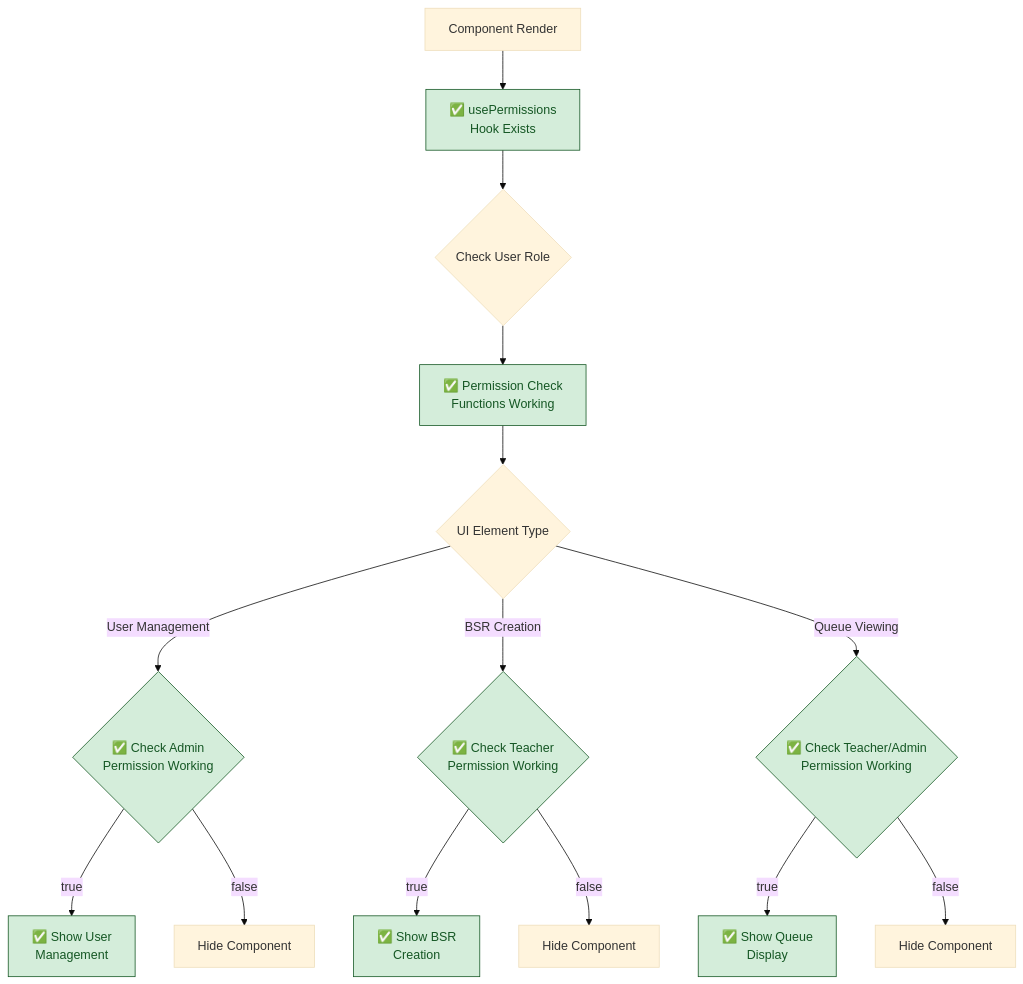
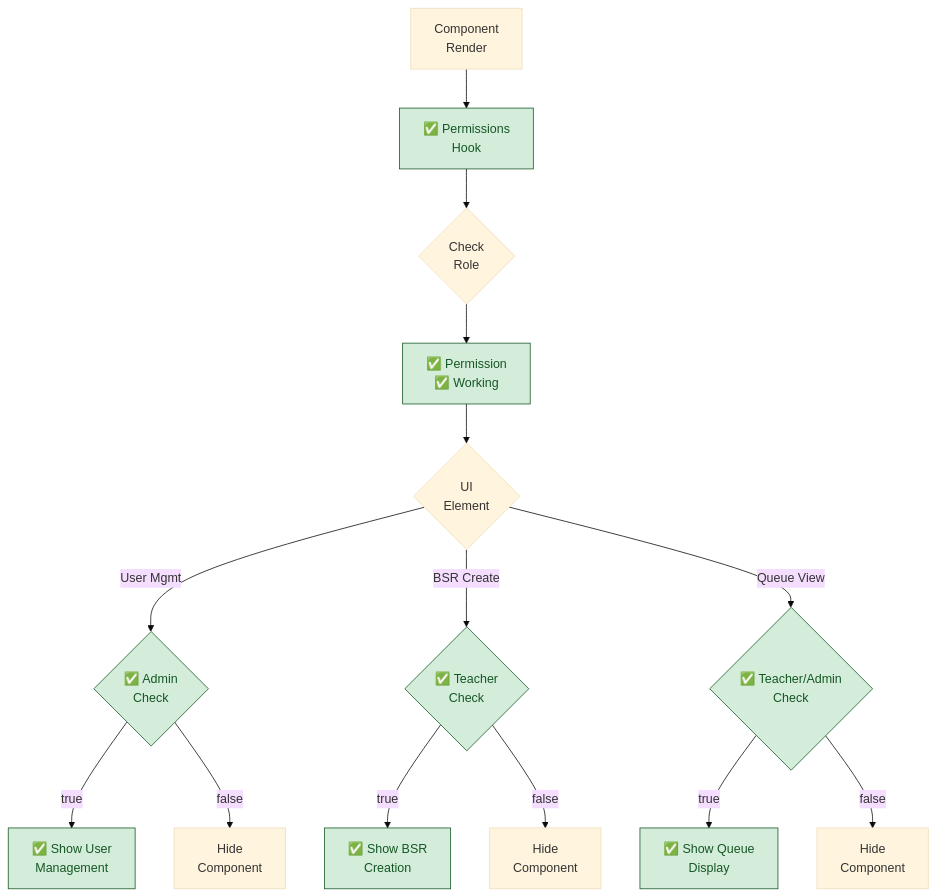
The third of 4 diagrams in docs/flowcharts/Current-State/01-current-authentication-complete.md (Splurfa/bx-os), drawn with Mermaid (base theme) before and after one commit. The commit also changed other lines of this file, not shown here.

Commit message:
Fix flowchart text rendering

````diff
--- a/docs/flowcharts/Current-State/01-current-authentication-complete.md
+++ b/docs/flowcharts/Current-State/01-current-authentication-complete.md
@@ -64,24 +64,24 @@
 ```mermaid
 flowchart TD
-    A[Component Render] --> B[✅ usePermissions<br/>Hook Exists]
-    B --> C{Check User Role}
-    C --> D[✅ Permission Check<br/>Functions Working]
+    A[Component<br/>Render] --> B[✅ Permissions<br/>Hook]
+    B --> C{Check<br/>Role}
+    C --> D[✅ Permission<br/>✅ Working]
     
-    D --> E{UI Element Type}
-    E -->|User Management| F{✅ Check Admin<br/>Permission Working}
-    E -->|BSR Creation| G{✅ Check Teacher<br/>Permission Working}
-    E -->|Queue Viewing| H{✅ Check Teacher/Admin<br/>Permission Working}
+    D --> E{UI<br/>Element}
+    E -->|User Mgmt| F{✅ Admin<br/>Check}
+    E -->|BSR Create| G{✅ Teacher<br/>Check}
+    E -->|Queue View| H{✅ Teacher/Admin<br/>Check}
     
     F -->|true| I[✅ Show User<br/>Management]
-    F -->|false| J[Hide Component]
+    F -->|false| J[Hide<br/>Component]
     
     G -->|true| K[✅ Show BSR<br/>Creation]
-    G -->|false| L[Hide Component]
+    G -->|false| L[Hide<br/>Component]
     
     H -->|true| M[✅ Show Queue<br/>Display]
-    H -->|false| N[Hide Component]
+    H -->|false| N[Hide<br/>Component]
     
     classDef working fill:#d4edda,stroke:#155724,color:#155724
     
     class B,D,F,G,H,I,K,M working
 ```
````
